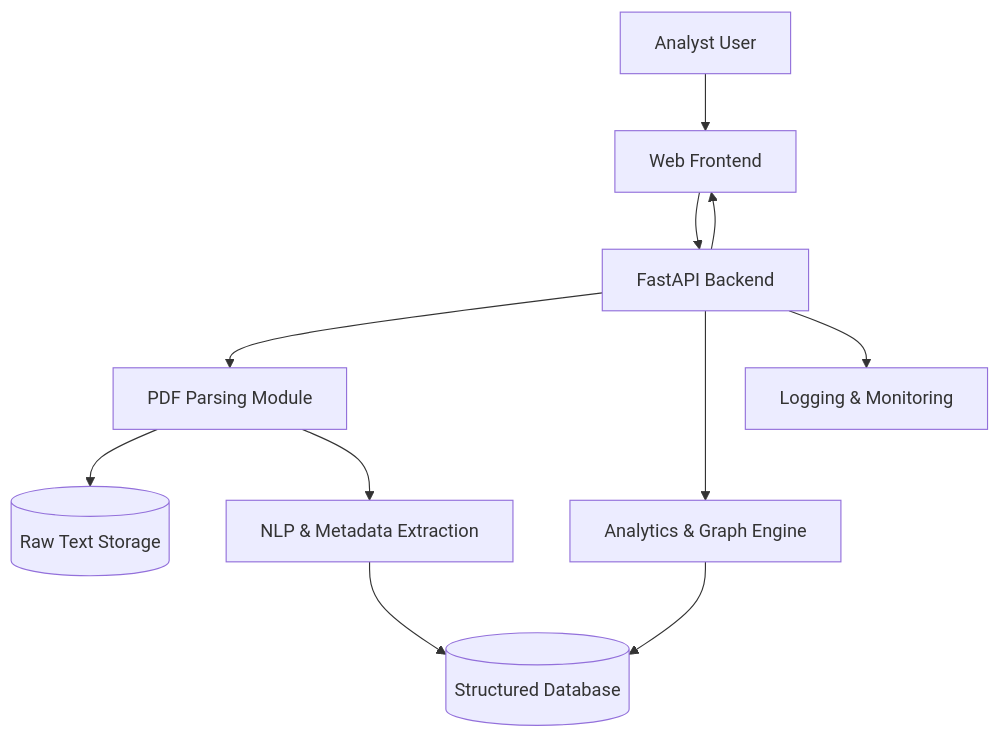
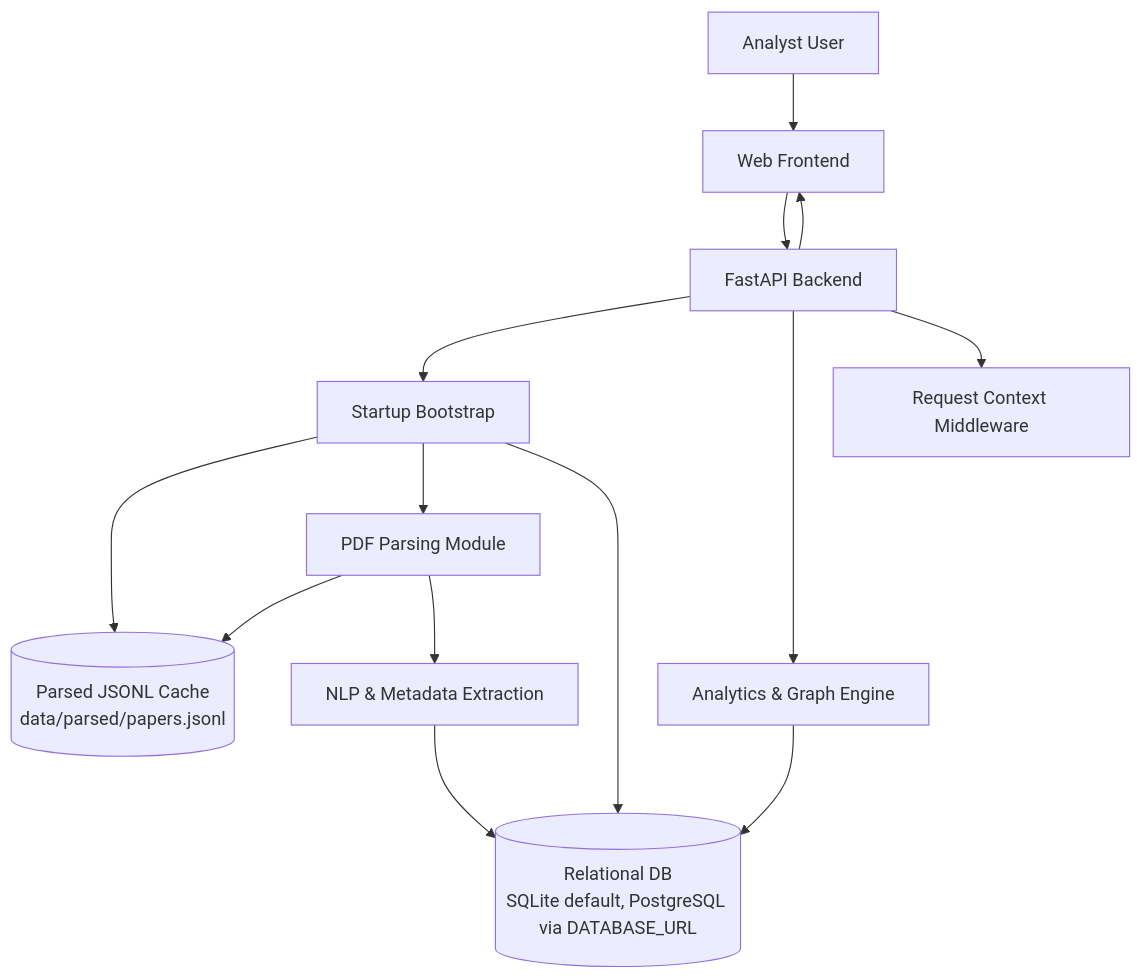
The first of 4 diagrams in Documentation/Design.md (happikin/psd-plan), drawn with Mermaid before and after one commit. The commit also changed other lines of this file and 12 other files, not shown here.

````diff
--- a/Documentation/Design.md
+++ b/Documentation/Design.md
@@ -8,23 +8,27 @@
 ```mermaid
 flowchart TD
     User[Analyst User]
     Frontend[Web Frontend]
     Backend[FastAPI Backend]
+    Bootstrap[Startup Bootstrap]
     Ingestion[PDF Parsing Module]
+    Cache[(Parsed JSONL Cache<br/>data/parsed/papers.jsonl)]
     Processing[NLP & Metadata Extraction]
     Analytics[Analytics & Graph Engine]
-    DB[(Structured Database)]
-    RawText[(Raw Text Storage)]
-    Monitoring[Logging & Monitoring]
+    DB[(Relational DB<br/>SQLite default, PostgreSQL via DATABASE_URL)]
+    RequestContext[Request Context Middleware]
 
     User --> Frontend
     Frontend --> Backend
-    Backend --> Ingestion
-    Ingestion --> RawText
+    Backend --> Bootstrap
+    Bootstrap --> Cache
+    Bootstrap --> Ingestion
+    Ingestion --> Cache
+    Bootstrap --> DB
     Ingestion --> Processing
     Processing --> DB
     Backend --> Analytics
     Analytics --> DB
-    Backend --> Monitoring
+    Backend --> RequestContext
     Backend --> Frontend
 ```
````
